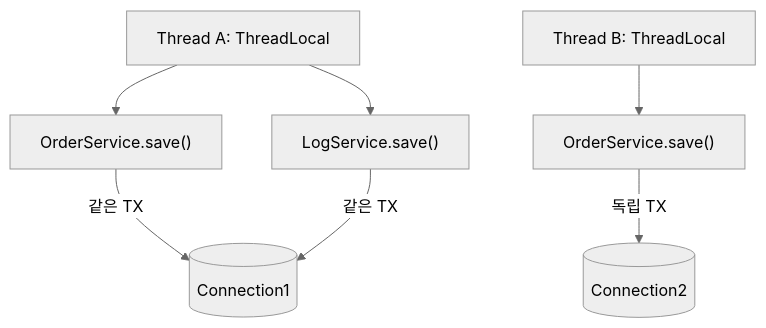
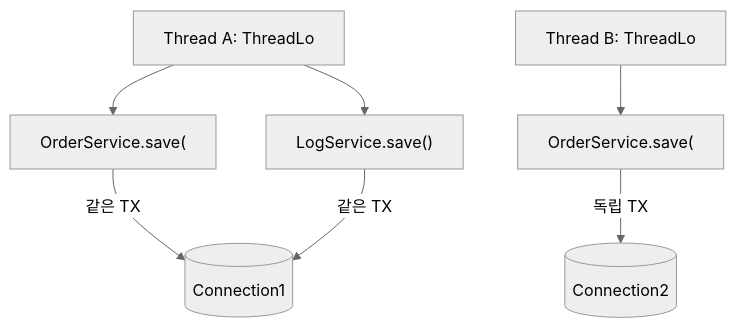
Before and after one commit to yjkim2015/yjkim2015.github.io: the second of 3 diagrams in _posts/spring/2026-05-01-spring-transaction.md, drawn with Mermaid (neutral theme). The commit also changed 271 other files, not shown here.

First line of the commit message:
Mermaid 라벨 축소: 긴 노드 텍스트 18자 이하로 트림 + \n 제거

````diff
--- a/_posts/spring/2026-05-01-spring-transaction.md
+++ b/_posts/spring/2026-05-01-spring-transaction.md
@@ -109,9 +109,9 @@
 ```mermaid
 graph TD
-    TLA["Thread A: ThreadLocal"] --> OSA["OrderService.save()"]
+    TLA["Thread A: ThreadLo"] --> OSA["OrderService.save("]
     TLA --> LSA["LogService.save()"]
     OSA -->|"같은 TX"| C1[("Connection1")]
     LSA -->|"같은 TX"| C1
-    TLB["Thread B: ThreadLocal"] --> OSB["OrderService.save()"]
+    TLB["Thread B: ThreadLo"] --> OSB["OrderService.save("]
     OSB -->|"독립 TX"| C2[("Connection2")]
 ```
````
